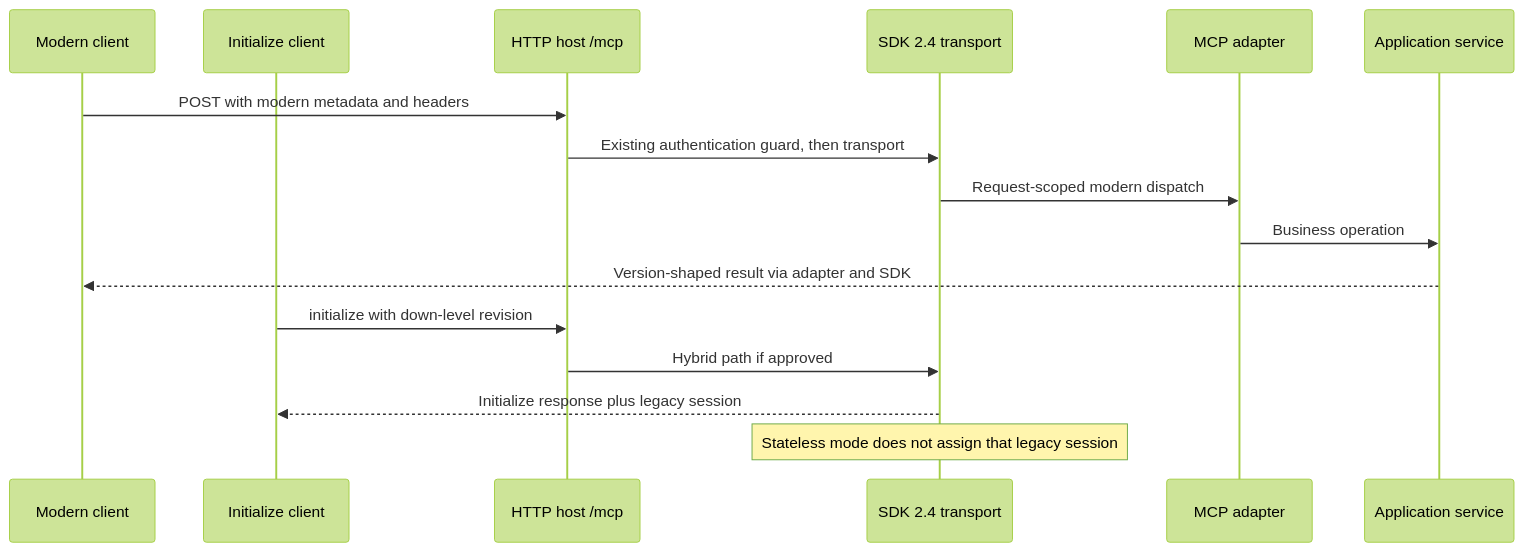
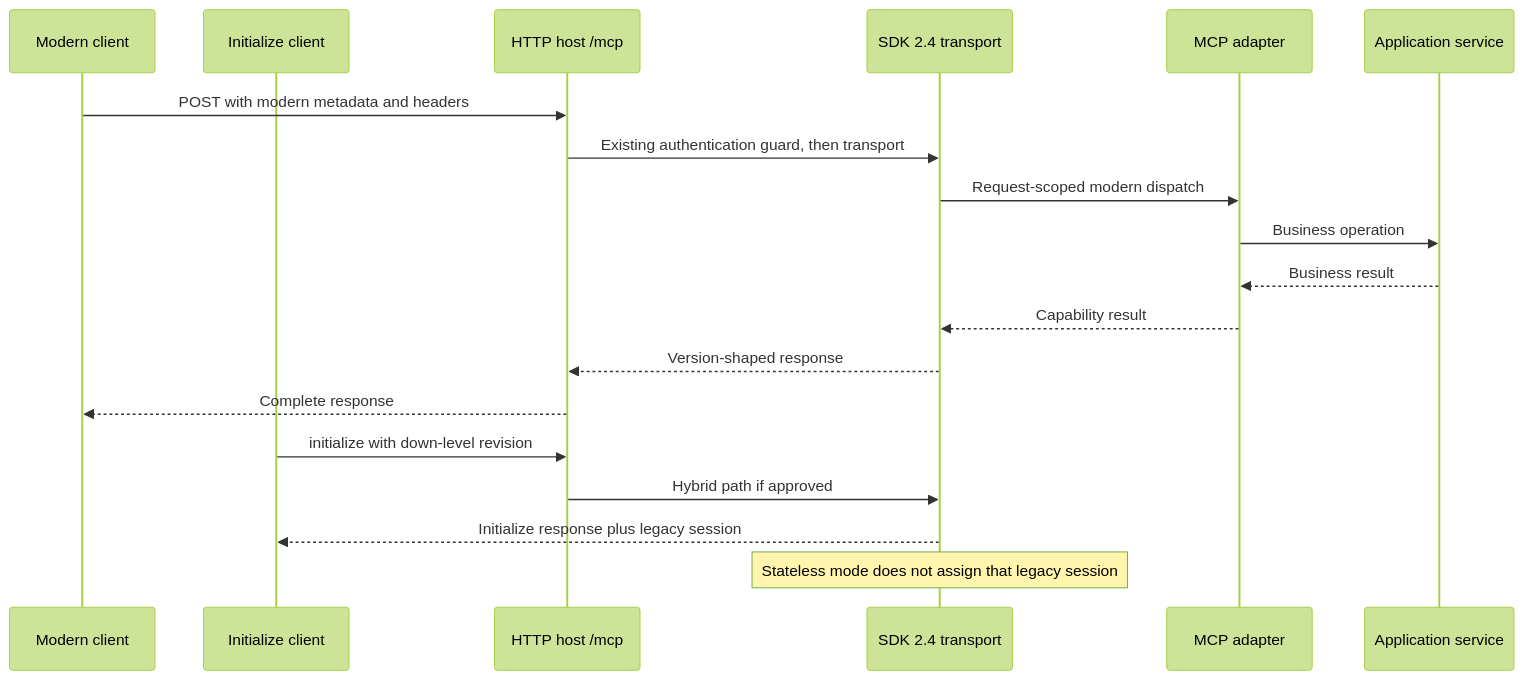
The diagram in openspec/changes/upgrade-mcp-2026-07-28/design.md (estebanjosse/mcp-server-template), drawn with Mermaid (forest theme) before and after one commit. The commit also changed other lines of this file and 2 other files, not shown here.

Commit message:
docs: consolidate SDK compatibility and consumer migration findings

````diff
--- a/openspec/changes/upgrade-mcp-2026-07-28/design.md
+++ b/openspec/changes/upgrade-mcp-2026-07-28/design.md
@@ -58,18 +62,21 @@
 ```mermaid
 sequenceDiagram
     participant Modern as Modern client
     participant Legacy as Initialize client
     participant Host as HTTP host /mcp
     participant SDK as SDK 2.4 transport
     participant Adapter as MCP adapter
     participant App as Application service
     Modern->>Host: POST with modern metadata and headers
     Host->>SDK: Existing authentication guard, then transport
     SDK->>Adapter: Request-scoped modern dispatch
     Adapter->>App: Business operation
-    App-->>Modern: Version-shaped result via adapter and SDK
+    App-->>Adapter: Business result
+    Adapter-->>SDK: Capability result
+    SDK-->>Host: Version-shaped response
+    Host-->>Modern: Complete response
     Legacy->>Host: initialize with down-level revision
     Host->>SDK: Hybrid path if approved
     SDK-->>Legacy: Initialize response plus legacy session
     Note over SDK: Stateless mode does not assign that legacy session
 ```
````
